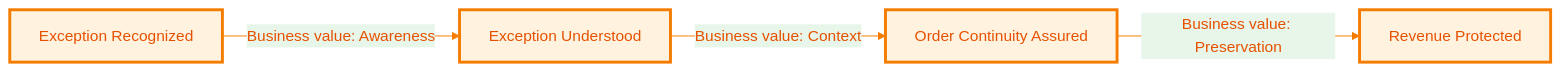
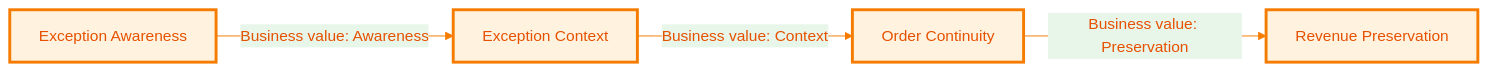
One commit to Evilazaro/Azure-LogicApps-Monitoring changed the third of 7 diagrams in docs/architecture/01-business-architecture.md. Above: the diagram before and after it, drawn with Mermaid. The commit also changed other lines of this file, not shown here.

Commit message:
Refactor Business Architecture document: streamline capability definitions, enhance clarity in value streams, and update process flow descriptions

````diff
--- a/docs/architecture/01-business-architecture.md
+++ b/docs/architecture/01-business-architecture.md
@@ -304,15 +290,15 @@
 ```mermaid
 %%{init: {'theme':'base', 'themeVariables': { 'primaryColor':'#fff3e0','primaryTextColor':'#e65100','primaryBorderColor':'#f57c00','lineColor':'#f57c00','secondaryColor':'#e8f5e9','tertiaryColor':'#f3e5f5'}}}%%
 flowchart LR
-    E1[Exception Recognized]
-    E2[Exception Understood]
-    E3[Order Continuity Assured]
-    E4[Revenue Protected]
+    E1[Exception Awareness]
+    E2[Exception Context]
+    E3[Order Continuity]
+    E4[Revenue Preservation]
 
     E1 -->|Business value: Awareness| E2
     E2 -->|Business value: Context| E3
     E3 -->|Business value: Preservation| E4
 
     classDef value fill:#fff3e0,stroke:#f57c00,stroke-width:3px,color:#e65100
     class E1,E2,E3,E4 value
 ```
````
